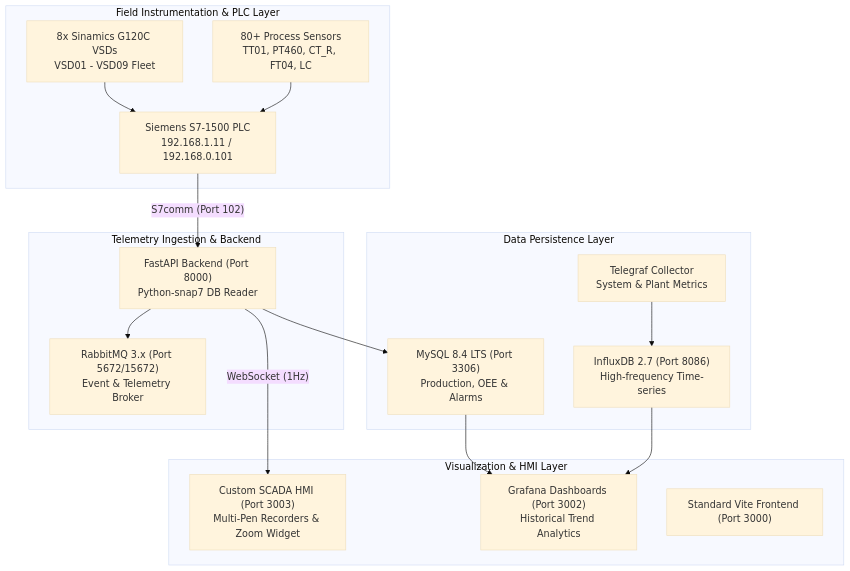
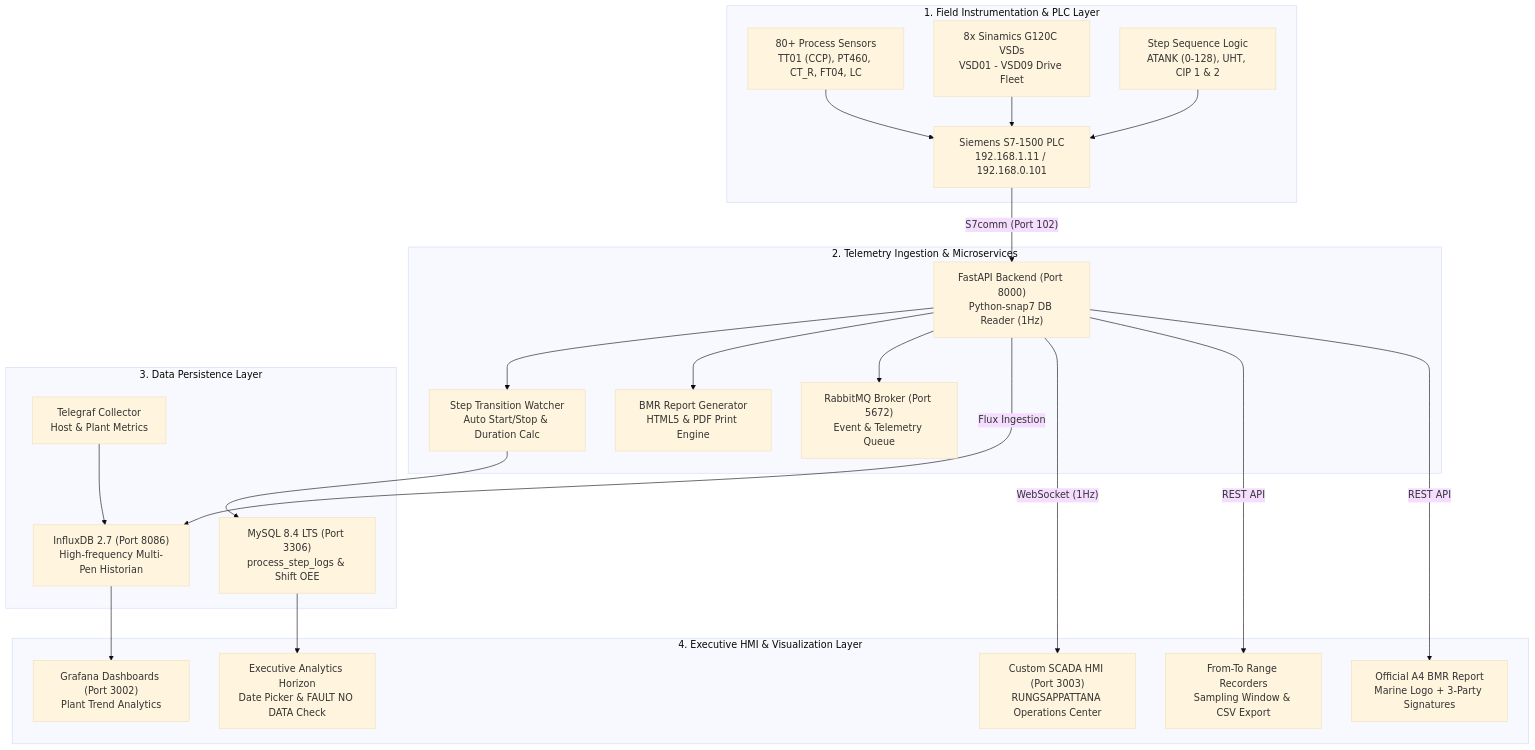
Before and after one commit to xFreedom777/TH-Pack-DashBoard: the diagram in README.md, drawn with Mermaid (base theme). The commit also changed other lines of this file, not shown here.

Commit message:
docs: Update README with architecture diagram, RUNGSAPPATTANA branding, and 11-Oct-2026 progress log

````diff
--- a/README.md
+++ b/README.md
@@ -83,34 +52,45 @@
 ```mermaid
 graph TD
-    subgraph Layer1["Field Instrumentation & PLC Layer"]
+    subgraph Layer1["1. Field Instrumentation & PLC Layer"]
         PLC["Siemens S7-1500 PLC<br/>192.168.1.11 / 192.168.0.101"]
-        Sensors["80+ Process Sensors<br/>TT01, PT460, CT_R, FT04, LC"]
-        VSDs["8x Sinamics G120C VSDs<br/>VSD01 - VSD09 Fleet"]
+        Sensors["80+ Process Sensors<br/>TT01 (CCP), PT460, CT_R, FT04, LC"]
+        VSDs["8x Sinamics G120C VSDs<br/>VSD01 - VSD09 Drive Fleet"]
+        StepEngine["Step Sequence Logic<br/>ATANK (0-128), UHT, CIP 1 & 2"]
         Sensors --> PLC
         VSDs --> PLC
+        StepEngine --> PLC
     end
 
-    subgraph Layer2["Telemetry Ingestion & Backend"]
-        Backend["FastAPI Backend (Port 8000)<br/>Python-snap7 DB Reader"]
-        RabbitMQ["RabbitMQ 3.x (Port 5672/15672)<br/>Event & Telemetry Broker"]
+    subgraph Layer2["2. Telemetry Ingestion & Microservices"]
+        Backend["FastAPI Backend (Port 8000)<br/>Python-snap7 DB Reader (1Hz)"]
+        Tracker["Step Transition Watcher<br/>Auto Start/Stop & Duration Calc"]
+        Reporter["BMR Report Generator<br/>HTML5 & PDF Print Engine"]
+        RabbitMQ["RabbitMQ Broker (Port 5672)<br/>Event & Telemetry Queue"]
         PLC -- S7comm (Port 102) --> Backend
+        Backend --> Tracker
+        Backend --> Reporter
         Backend --> RabbitMQ
     end
 
-    subgraph Layer3["Data Persistence Layer"]
-        InfluxDB["InfluxDB 2.7 (Port 8086)<br/>High-frequency Time-series"]
-        Telegraf["Telegraf Collector<br/>System & Plant Metrics"]
-        MySQL["MySQL 8.4 LTS (Port 3306)<br/>Production, OEE & Alarms"]
-        Backend --> MySQL
+    subgraph Layer3["3. Data Persistence Layer"]
+        InfluxDB["InfluxDB 2.7 (Port 8086)<br/>High-frequency Multi-Pen Historian"]
+        MySQL["MySQL 8.4 LTS (Port 3306)<br/>process_step_logs & Shift OEE"]
+        Telegraf["Telegraf Collector<br/>Host & Plant Metrics"]
+        Tracker --> MySQL
+        Backend -- Flux Ingestion --> InfluxDB
         Telegraf --> InfluxDB
     end
 
-    subgraph Layer4["Visualization & HMI Layer"]
-        SCADA["Custom SCADA HMI (Port 3003)<br/>Multi-Pen Recorders & Zoom Widget"]
-        Grafana["Grafana Dashboards (Port 3002)<br/>Historical Trend Analytics"]
-        Frontend["Standard Vite Frontend (Port 3000)"]
+    subgraph Layer4["4. Executive HMI & Visualization Layer"]
+        SCADA["Custom SCADA HMI (Port 3003)<br/>RUNGSAPPATTANA Operations Center"]
+        HistorianUI["From-To Range Recorders<br/>Sampling Window & CSV Export"]
+        OverviewUI["Executive Analytics Horizon<br/>Date Picker & FAULT NO DATA Check"]
+        BMRDoc["Official A4 BMR Report<br/>Marine Logo + 3-Party Signatures"]
+        Grafana["Grafana Dashboards (Port 3002)<br/>Plant Trend Analytics"]
         Backend -- WebSocket (1Hz) --> SCADA
+        Backend -- REST API --> HistorianUI
+        Backend -- REST API --> BMRDoc
+        MySQL --> OverviewUI
         InfluxDB --> Grafana
-        MySQL --> Grafana
     end
 ```
````
